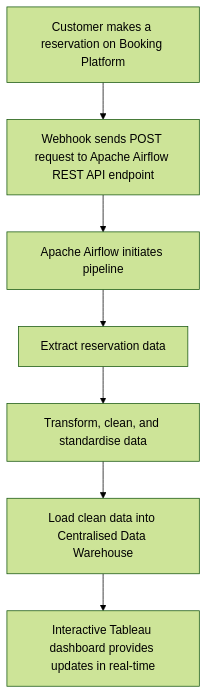
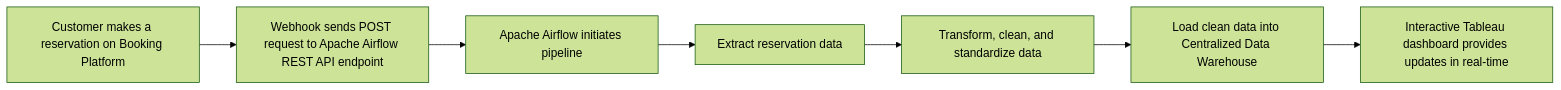
Before and after one commit to psgpyc/Simulated-Restaurant-Booking-System-with-Real-Time-ETL-Pipeline-Using-Django-Webhooks-Airflow-Po: the diagram in README.md, drawn with Mermaid (forest theme).

````diff
--- a/README.md
+++ b/README.md
@@ -25,9 +25,19 @@
 ```mermaid
-flowchart TD
-    A[Customer makes a reservation on Booking Platform] --> B(Webhook triggered)
-    B["Webhook sends POST request to Apache Airflow REST API endpoint"] --> C["Apache Airflow initiates pipeline"]
-    C --> D["Extract reservation data"]
-    D --> E["Transform, clean, and standardise data"]
-    E --> F["Load clean data into Centralised Data Warehouse"]
-    F --> G["Interactive Tableau dashboard provides updates in real-time"]
+flowchart LR
+    A["Customer makes a reservation on Booking Platform"]:::wrap
+    B["Webhook sends POST request to Apache Airflow REST API endpoint"]:::wrap
+    C["Apache Airflow initiates pipeline"]:::wrap
+    D["Extract reservation data"]:::wrap
+    E["Transform, clean, and standardize data"]:::wrap
+    F["Load clean data into Centralized Data Warehouse"]:::wrap
+    G["Interactive Tableau dashboard provides updates in real-time"]:::wrap
+
+    A --> B
+    B --> C
+    C --> D
+    D --> E
+    E --> F
+    F --> G
+
+    classDef wrap text-align:left wrap:true width:200px
 ```
````
